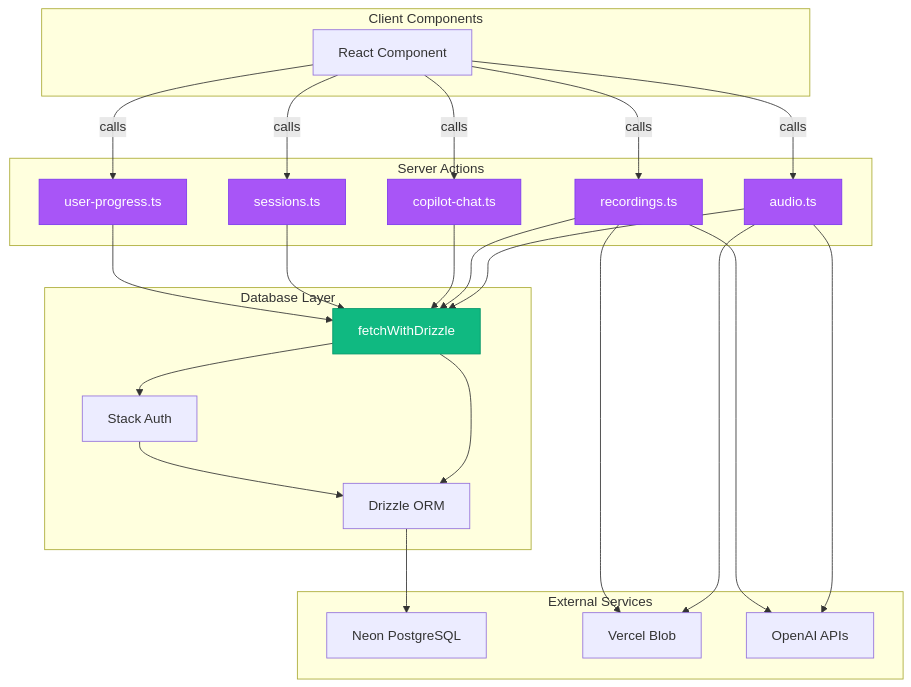
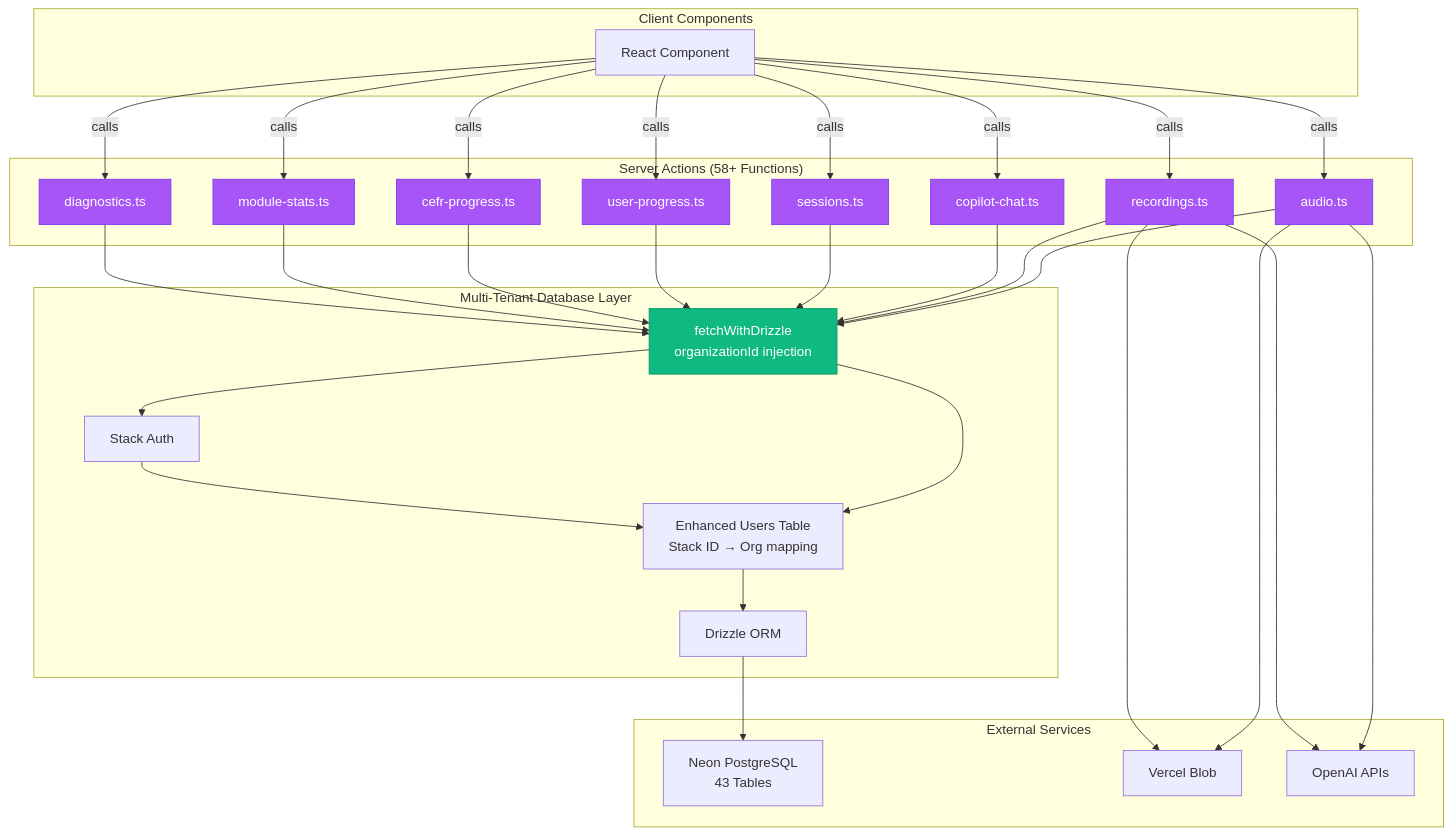
Before and after one commit to ChanMeng666/esol-learning-platform: the third of 7 diagrams in DATABASE_ARCHITECTURE.md, drawn with Mermaid. The commit also changed other lines of this file and 2 other files, not shown here.

First line of the commit message:
docs(architecture): update documentation to reflect multi-tenant architecture

````diff
--- a/DATABASE_ARCHITECTURE.md
+++ b/DATABASE_ARCHITECTURE.md
@@ -617,55 +674,69 @@
 ```mermaid
 graph TB
     subgraph "Client Components"
         A[React Component]
     end
 
-    subgraph "Server Actions"
+    subgraph "Server Actions (58+ Functions)"
         B[audio.ts]
         C[recordings.ts]
         D[copilot-chat.ts]
         E[sessions.ts]
         F[user-progress.ts]
+        G[cefr-progress.ts]
+        H[module-stats.ts]
+        I[diagnostics.ts]
     end
 
-    subgraph "Database Layer"
-        G[fetchWithDrizzle]
-        H[Stack Auth]
-        I[Drizzle ORM]
+    subgraph "Multi-Tenant Database Layer"
+        J[fetchWithDrizzle<br/>organizationId injection]
+        K[Stack Auth]
+        L[Enhanced Users Table<br/>Stack ID → Org mapping]
+        M[Drizzle ORM]
     end
 
     subgraph "External Services"
-        J[Neon PostgreSQL]
-        K[Vercel Blob]
-        L[OpenAI APIs]
+        N[Neon PostgreSQL<br/>43 Tables]
+        O[Vercel Blob]
+        P[OpenAI APIs]
     end
 
     A -->|calls| B
     A -->|calls| C
     A -->|calls| D
     A -->|calls| E
     A -->|calls| F
+    A -->|calls| G
+    A -->|calls| H
+    A -->|calls| I
 
-    B --> G
-    C --> G
-    D --> G
-    E --> G
-    F --> G
-
-    G --> H
-    G --> I
-    H --> I
+    B --> J
+    C --> J
+    D --> J
+    E --> J
+    F --> J
+    G --> J
+    H --> J
     I --> J
 
-    B --> K
-    C --> K
-    B --> L
-    C --> L
+    J --> K
+    J --> L
+    K --> L
+    L --> M
+    M --> N
+
+    B --> O
+    C --> O
+    B --> P
+    C --> P
 
     style B fill:#a855f7,stroke:#7c3aed,color:#fff
     style C fill:#a855f7,stroke:#7c3aed,color:#fff
     style D fill:#a855f7,stroke:#7c3aed,color:#fff
     style E fill:#a855f7,stroke:#7c3aed,color:#fff
     style F fill:#a855f7,stroke:#7c3aed,color:#fff
-    style G fill:#10b981,stroke:#059669,color:#fff
+    style G fill:#a855f7,stroke:#7c3aed,color:#fff
+    style H fill:#a855f7,stroke:#7c3aed,color:#fff
+    style I fill:#a855f7,stroke:#7c3aed,color:#fff
+    style J fill:#10b981,stroke:#059669,color:#fff
 ```
````
